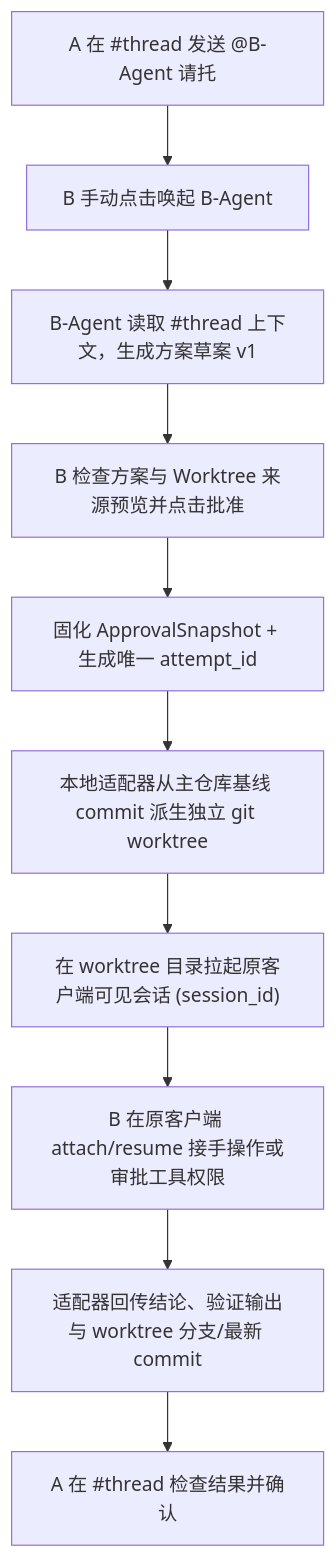
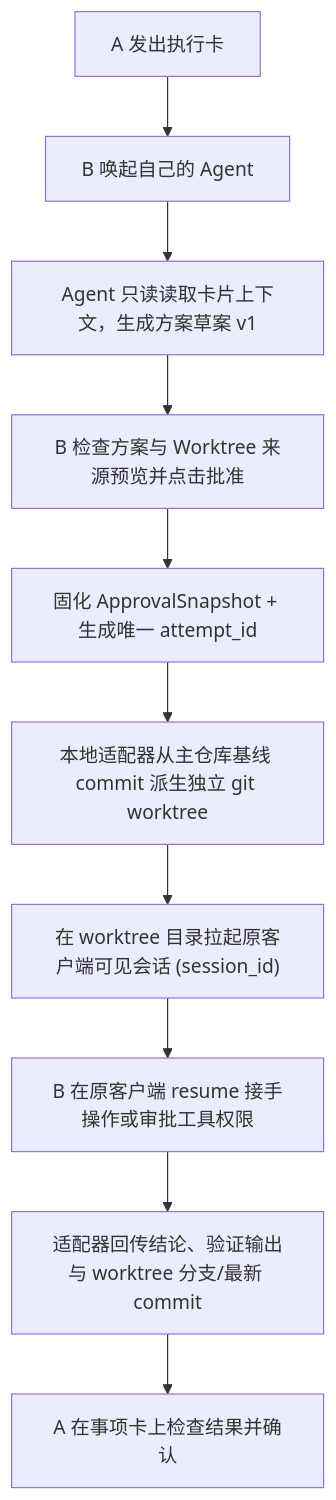
One commit to jingsong-kiki/melody changed the second of 2 diagrams in docs/architecture.md. Above: the diagram before and after it, drawn with Mermaid. The commit also changed other lines of this file and 6 other files, not shown here.

````diff
--- a/docs/architecture.md
+++ b/docs/architecture.md
@@ -24,12 +123,12 @@
 ```mermaid
 flowchart TD
-    MSG["A 在 #thread 发送 @B-Agent 请托"] --> WAKE["B 手动点击唤起 B-Agent"]
-    WAKE --> PROP["B-Agent 读取 #thread 上下文，生成方案草案 v1"]
+    CARD["A 发出执行卡"] --> WAKE["B 唤起自己的 Agent"]
+    WAKE --> PROP["Agent 只读读取卡片上下文，生成方案草案 v1"]
     PROP --> APPROVE["B 检查方案与 Worktree 来源预览并点击批准"]
     APPROVE --> SNAP["固化 ApprovalSnapshot + 生成唯一 attempt_id"]
     SNAP --> WT["本地适配器从主仓库基线 commit 派生独立 git worktree"]
     WT --> NATIVE["在 worktree 目录拉起原客户端可见会话 (session_id)"]
-    NATIVE --> HUMAN["B 在原客户端 attach/resume 接手操作或审批工具权限"]
+    NATIVE --> HUMAN["B 在原客户端 resume 接手操作或审批工具权限"]
     HUMAN --> RESULT["适配器回传结论、验证输出与 worktree 分支/最新 commit"]
-    RESULT --> CHECK["A 在 #thread 检查结果并确认"]
+    RESULT --> CHECK["A 在事项卡上检查结果并确认"]
 ```
````
